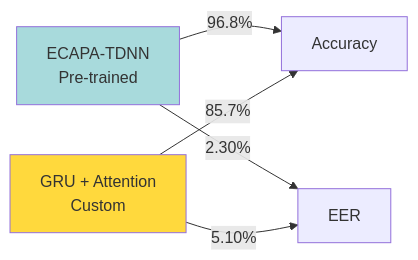
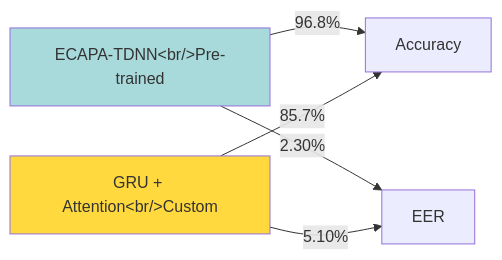
One commit to anubhab-codes/eigenbytes-site changed the second of 10 diagrams in docs/publications/technical-papers/continuous-authentication/07 results-performance-analysis.md. Above: the diagram before and after it, drawn with Mermaid. The commit also changed other lines of this file, not shown here.

````diff
--- a/docs/publications/technical-papers/continuous-authentication/07 results-performance-analysis.md
+++ b/docs/publications/technical-papers/continuous-authentication/07 results-performance-analysis.md
@@ -69,11 +69,11 @@
 ```mermaid
 graph LR
-    A[ECAPA-TDNN<br/>Pre-trained] -->|96.8%| C[Accuracy]
-    B[GRU + Attention<br/>Custom] -->|85.7%| C
+    A[ECAPA-TDNN&lt;br/>Pre-trained] -->|96.8%| C[Accuracy]
+    B[GRU + Attention&lt;br/>Custom] -->|85.7%| C
     
     A -->|2.30%| D[EER]
     B -->|5.10%| D
     
     style A fill:#a8dadc
     style B fill:#ffd93d
 ```
````
